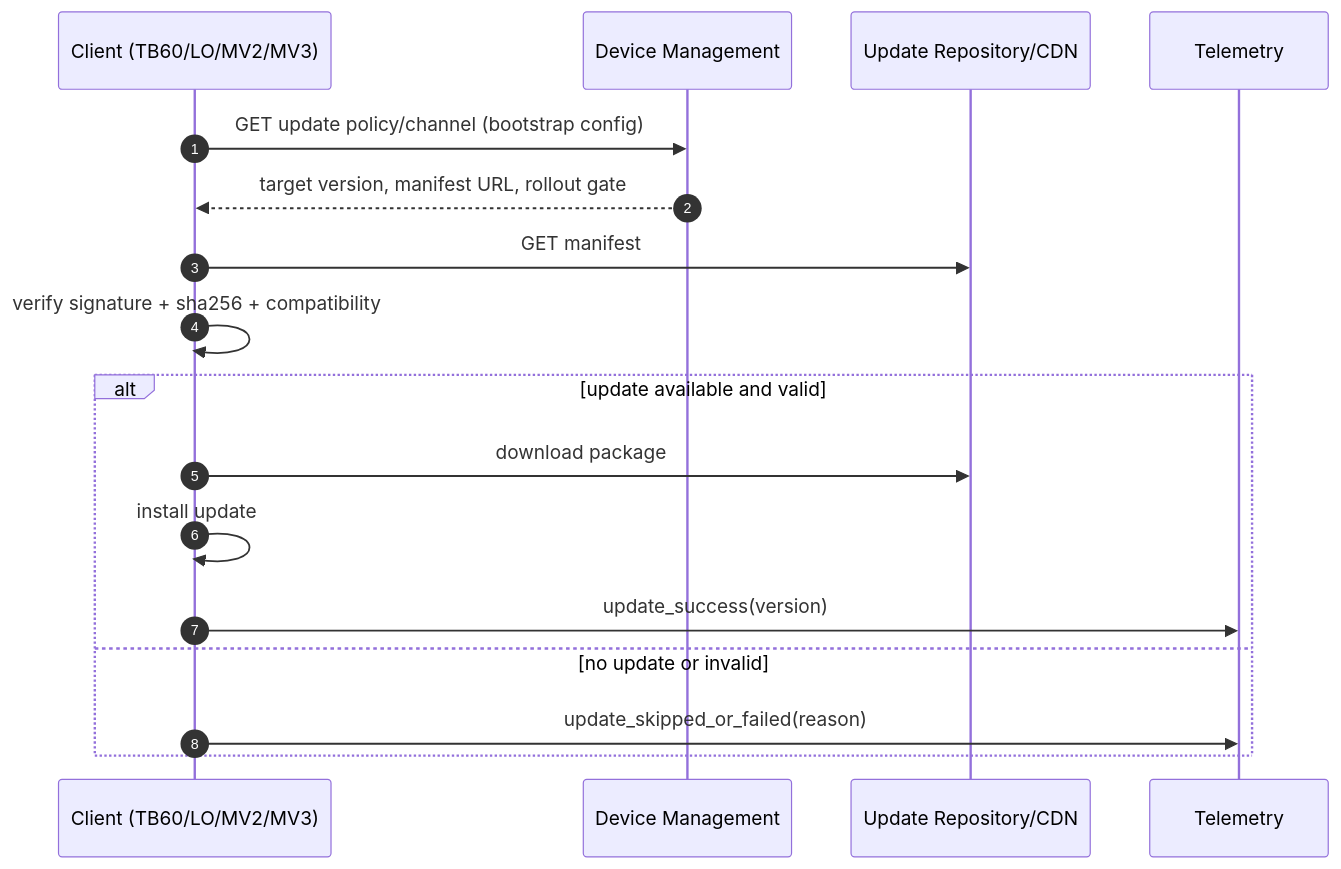
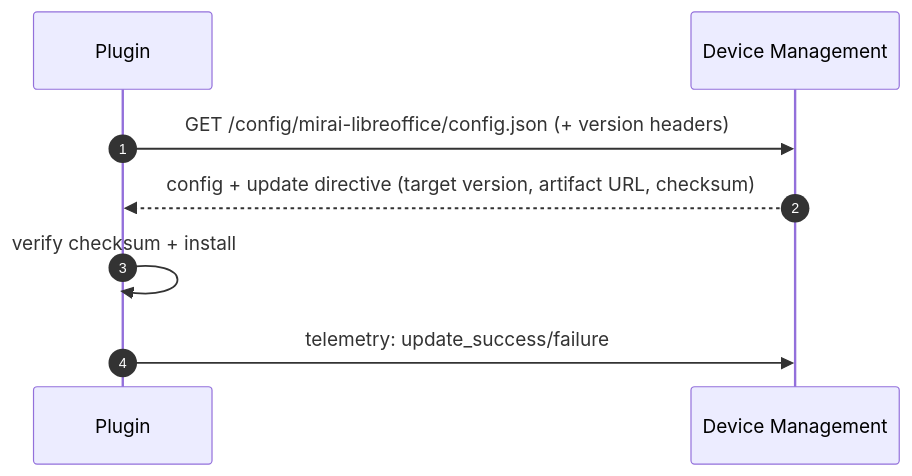
The second of 2 diagrams in README.md (IA-Generative/device-management), drawn with Mermaid before and after one commit. The commit also changed other lines of this file and 25 other files, not shown here.

````diff
--- a/README.md
+++ b/README.md
@@ -236,20 +226,11 @@
 ```mermaid
 sequenceDiagram
   autonumber
-  participant C as Client (TB60/LO/MV2/MV3)
+  participant C as Plugin
   participant DM as Device Management
-  participant U as Update Repository/CDN
-  participant T as Telemetry
 
-  C->>DM: GET update policy/channel (bootstrap config)
-  DM-->>C: target version, manifest URL, rollout gate
-  C->>U: GET manifest
-  C->>C: verify signature + sha256 + compatibility
-  alt update available and valid
-    C->>U: download package
-    C->>C: install update
-    C->>T: update_success(version)
-  else no update or invalid
-    C->>T: update_skipped_or_failed(reason)
-  end
+  C->>DM: GET /config/mirai-libreoffice/config.json (+ version headers)
+  DM-->>C: config + update directive (target version, artifact URL, checksum)
+  C->>C: verify checksum + install
+  C->>DM: telemetry: update_success/failure
 ```
````
